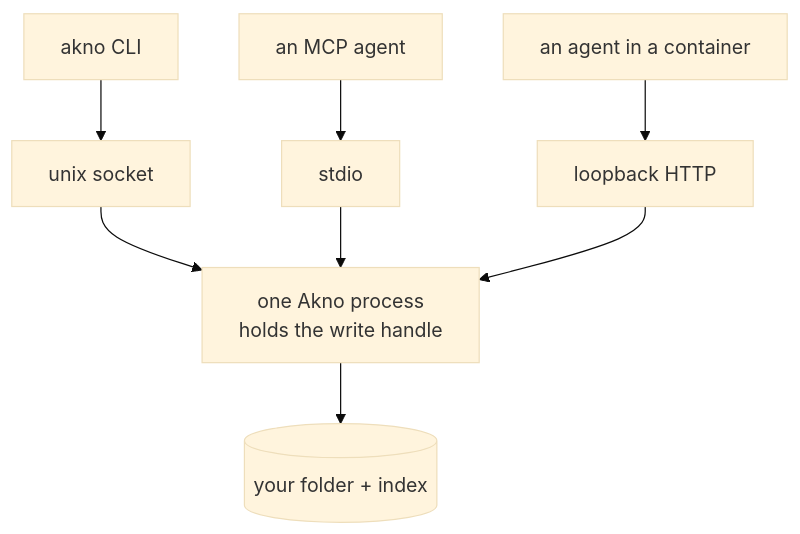
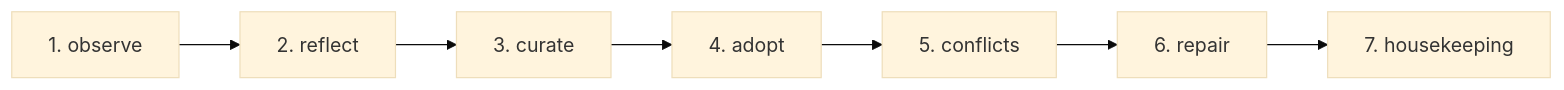
One commit to tenphi/akno changed the seventh of 7 diagrams in HOW-IT-WORKS.md. Above: the diagram before and after it, drawn with Mermaid (base theme). The commit also changed other lines of this file and 5 other files, not shown here.

````diff
--- a/HOW-IT-WORKS.md
+++ b/HOW-IT-WORKS.md
@@ -843,10 +621,4 @@
 ```mermaid
-flowchart TD
-    cli["akno CLI"] --> sock["unix socket"]
-    mcp["an MCP agent"] --> stdio["stdio"]
-    cont["an agent in a container"] --> http["loopback HTTP"]
-    sock --> one["one Akno process<br/>holds the write handle"]
-    stdio --> one
-    http --> one
-    one --> notes[("your folder + index")]
+flowchart LR
+    observe["1. observe"] --> reflect["2. reflect"] --> curate["3. curate"] --> adopt["4. adopt"] --> conflicts["5. conflicts"] --> repair["6. repair"] --> housekeeping["7. housekeeping"]
 ```
````
